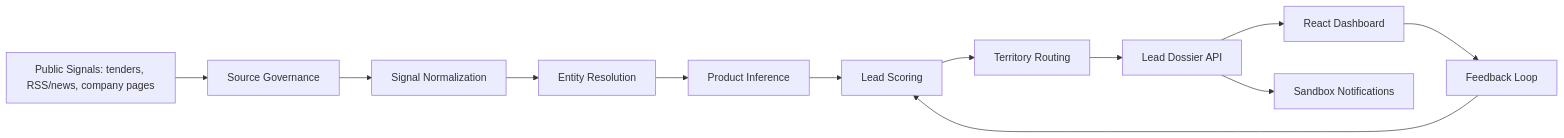
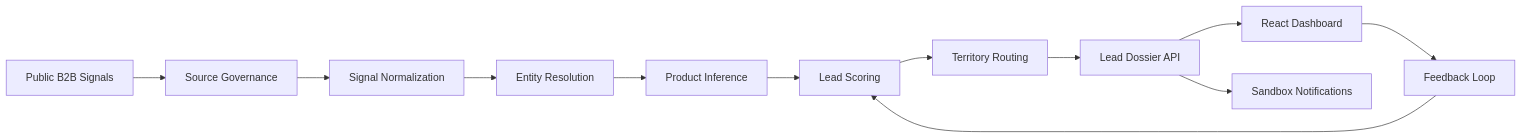
One commit to SnehaTanwar006/IIT_Hack_hpcl changed the diagram in README.md. Above: the diagram before and after it, drawn with Mermaid. The commit also changed other lines of this file, not shown here.

````diff
--- a/README.md
+++ b/README.md
@@ -41,14 +55,14 @@
 ```mermaid
 flowchart LR
-  A["Public Signals: tenders, RSS/news, company pages"] --> B["Source Governance"]
+  A["Public B2B Signals"] --> B["Source Governance"]
   B --> C["Signal Normalization"]
   C --> D["Entity Resolution"]
   D --> E["Product Inference"]
   E --> F["Lead Scoring"]
   F --> G["Territory Routing"]
   G --> H["Lead Dossier API"]
   H --> I["React Dashboard"]
   H --> J["Sandbox Notifications"]
   I --> K["Feedback Loop"]
   K --> F
 ```
````
